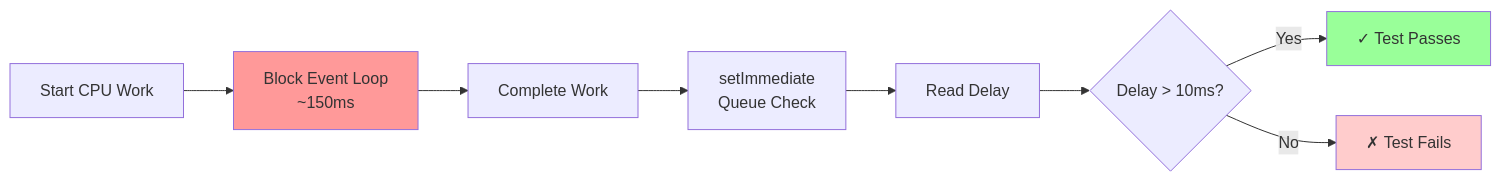
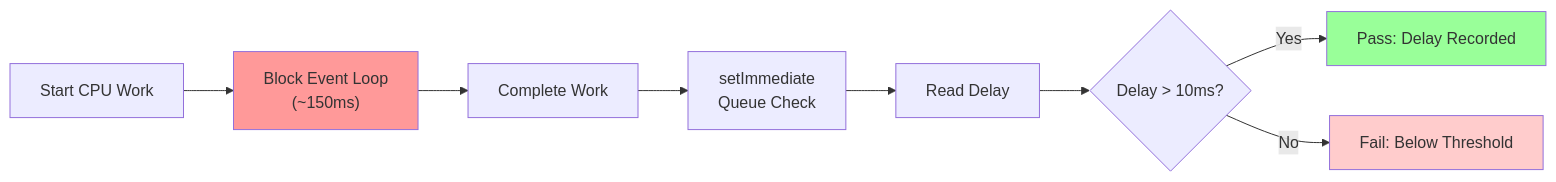
One commit to andylockran/overload-protection changed the third of 13 diagrams in readme.md. Above: the diagram before and after it, drawn with Mermaid. The commit also changed other lines of this file and 4 other files, not shown here.

````diff
--- a/readme.md
+++ b/readme.md
@@ -454,14 +460,14 @@
 ```mermaid
 flowchart LR
-    A[Start CPU Work] --> B[Block Event Loop<br/>~150ms]
-    B --> C[Complete Work]
-    C --> D[setImmediate<br/>Queue Check]
-    D --> E[Read Delay]
-    E --> F{Delay > 10ms?}
-    F -->|Yes| G[✓ Test Passes]
-    F -->|No| H[✗ Test Fails]
+    A["Start CPU Work"] --> B["Block Event Loop<br/>(~150ms)"]
+    B --> C["Complete Work"]
+    C --> D["setImmediate<br/>Queue Check"]
+    D --> E["Read Delay"]
+    E --> F{"Delay > 10ms?"}
+    F -->|"Yes"| G["Pass: Delay Recorded"]
+    F -->|"No"| H["Fail: Below Threshold"]
     
     style B fill:#ff9999
     style G fill:#99ff99
     style H fill:#ffcccc
 ```
````
